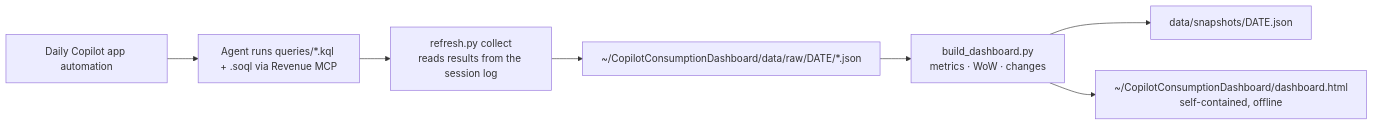
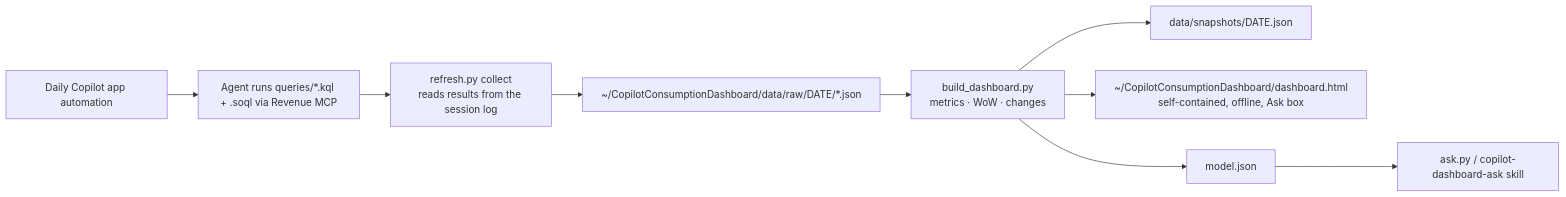
Before and after one commit to TheRajeev08/Pet-Projects-rajeev: the diagram in copilot-consumption-dashboard/README.md, drawn with Mermaid. The commit also changed other lines of this file and 7 other files, not shown here.

First line of the commit message:
Add natural-language querying to Copilot consumption dashboard

````diff
--- a/copilot-consumption-dashboard/README.md
+++ b/copilot-consumption-dashboard/README.md
@@ -23,9 +24,10 @@
 ```mermaid
 flowchart LR
   A[Daily Copilot app automation] --> B[Agent runs queries/*.kql + .soql via Revenue MCP]
   B --> C[refresh.py collect<br/>reads results from the session log]
   C --> D[~/CopilotConsumptionDashboard/data/raw/DATE/*.json]
   D --> E[build_dashboard.py<br/>metrics · WoW · changes]
   E --> F[data/snapshots/DATE.json]
-  E --> G[~/CopilotConsumptionDashboard/dashboard.html<br/>self-contained, offline]
+  E --> G[~/CopilotConsumptionDashboard/dashboard.html<br/>self-contained, offline, Ask box]
+  E --> H[model.json] --> I[ask.py / copilot-dashboard-ask skill]
 ```
````
